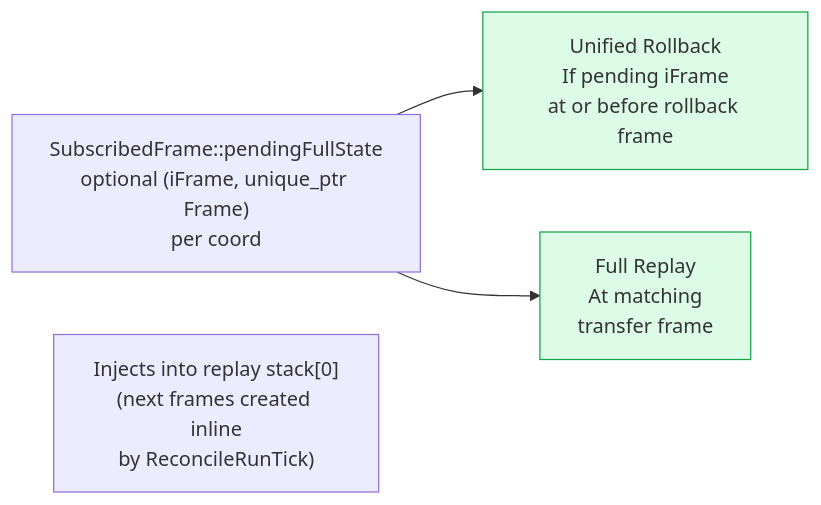
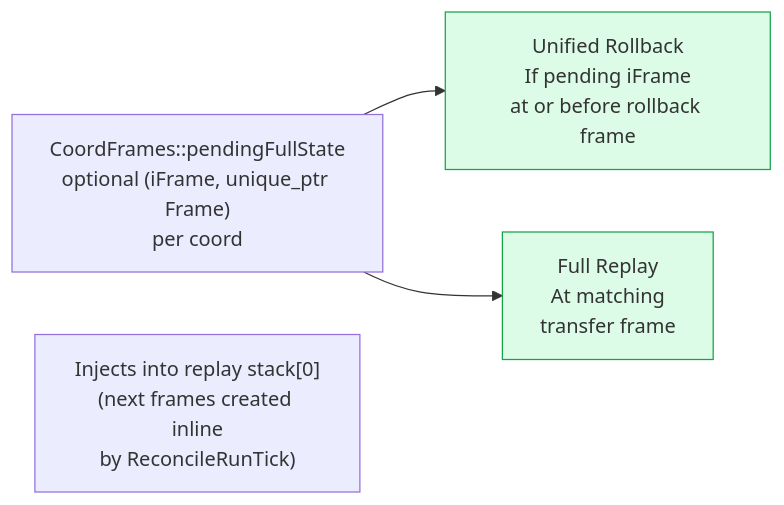
Before and after one commit to DougTanner/BrokenEnginePublic: the second of 4 diagrams in Documents/Architecture/GameReconciliation.md, drawn with Mermaid. The commit also changed other lines of this file and 151 other files, not shown here.

````diff
--- a/Documents/Architecture/GameReconciliation.md
+++ b/Documents/Architecture/GameReconciliation.md
@@ -53,15 +63,15 @@
 ```mermaid
 %%{init: {'theme': 'default'}}%%
 flowchart LR
     classDef injection fill:#dcfce7,stroke:#16a34a
 
-    PFS["SubscribedFrame::pendingFullState<br/>optional (iFrame, unique_ptr Frame)<br/>per coord"]
+    PFS["CoordFrames::pendingFullState<br/>optional (iFrame, unique_ptr Frame)<br/>per coord"]
 
     PRE["Unified Rollback<br/>If pending iFrame<br/>at or before rollback frame"]:::injection
     MAIN["Full Replay<br/>At matching<br/>transfer frame"]:::injection
 
     PFS --> PRE
     PFS --> MAIN
 
     NOTE["Injects into replay stack[0]<br/>(next frames created inline<br/>by ReconcileRunTick)"]
 ```
````
